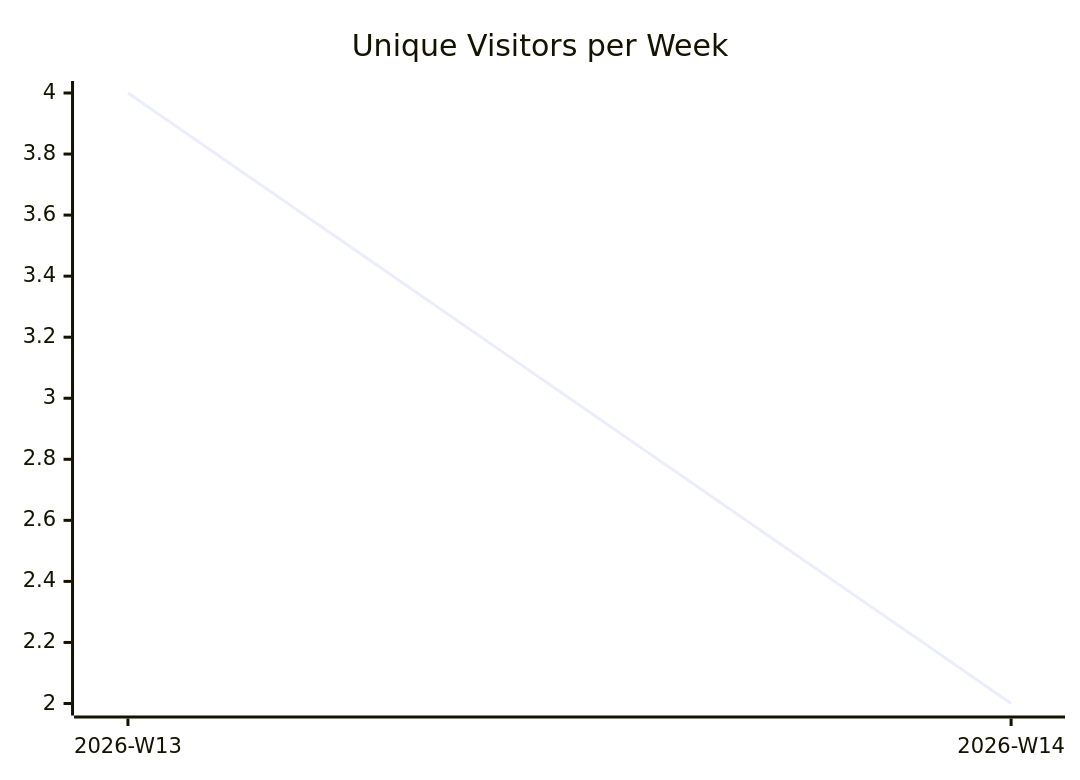
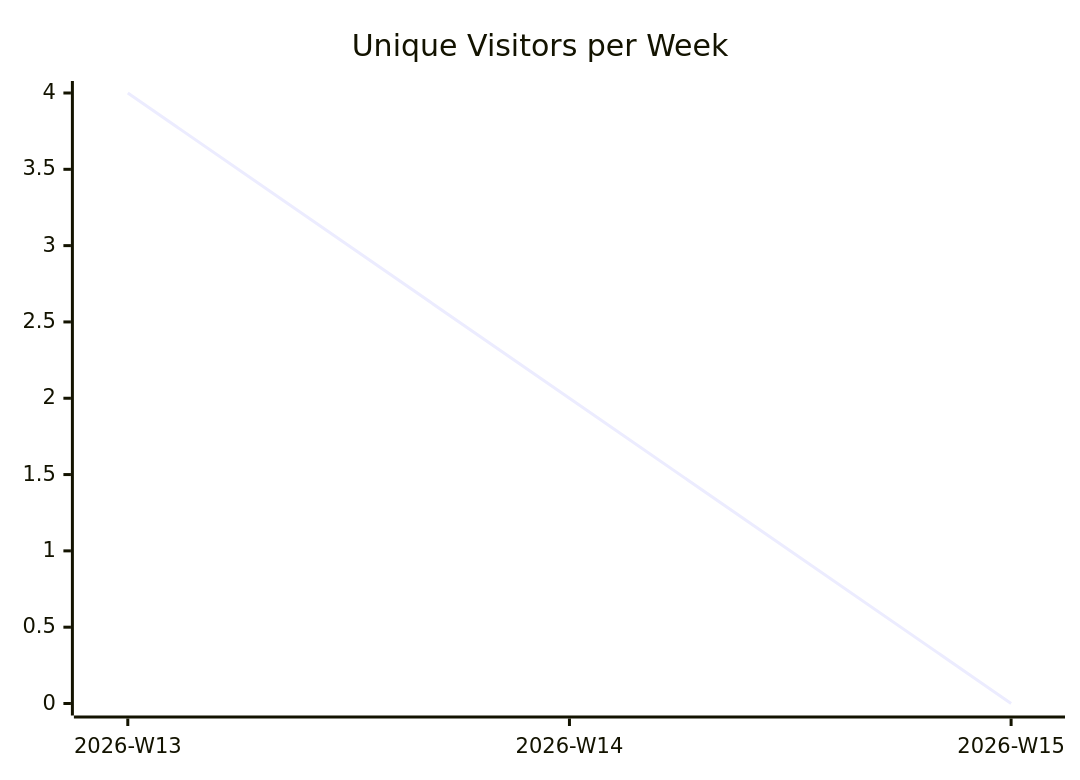
One commit to justdavis-family/github-analytics-data changed the first of 3 diagrams in karlmdavis/xmlpull/README.md. Above: the diagram before and after it, drawn with Mermaid. The commit also changed other lines of this file and 190 other files, not shown here.

````diff
--- a/karlmdavis/xmlpull/README.md
+++ b/karlmdavis/xmlpull/README.md
@@ -5,6 +5,6 @@
 ```mermaid
 xychart-beta
   title "Unique Visitors per Week"
-  x-axis ["2026-W13", "2026-W14"]
-  line [4, 2]
+  x-axis ["2026-W13", "2026-W14", "2026-W15"]
+  line [4, 2, 0]
 ```
````
